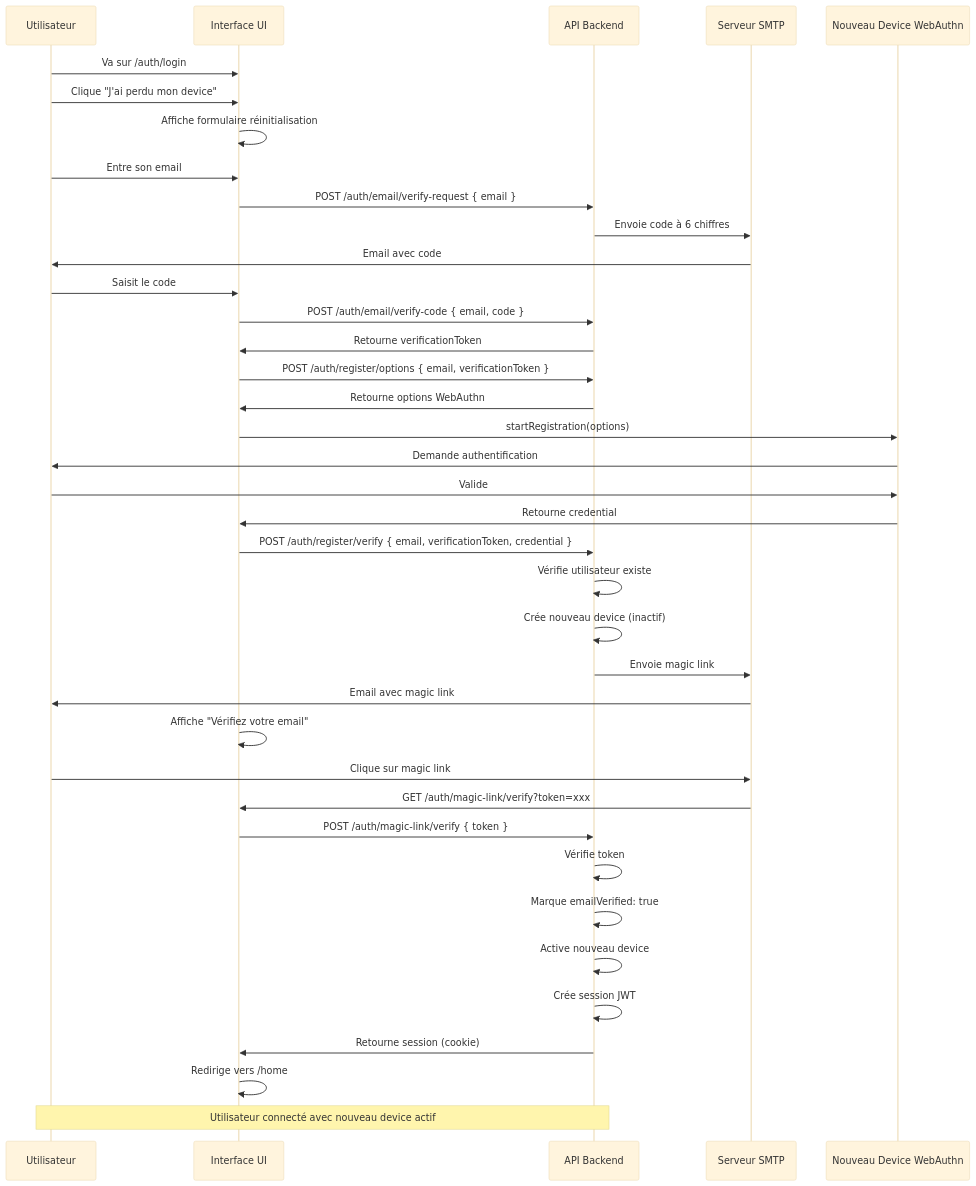
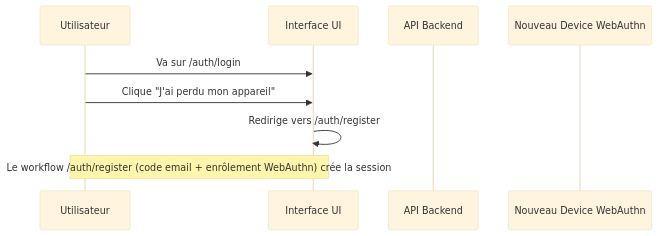
One commit to rhanka/sentropic changed the fourth of 5 diagrams in spec/WORKFLOW_AUTH.md. Above: the diagram before and after it, drawn with Mermaid (base theme). The commit also changed other lines of this file and 5 other files, not shown here.

Commit message:
docs(spec): align SPEC + WORKFLOW_AUTH with Postgres/workspaces and magic-link login

````diff
--- a/spec/WORKFLOW_AUTH.md
+++ b/spec/WORKFLOW_AUTH.md
@@ -123,41 +99,12 @@
 ```mermaid
 sequenceDiagram
     participant U as Utilisateur
     participant UI as Interface UI
     participant API as API Backend
-    participant SMTP as Serveur SMTP
     participant Device as Nouveau Device WebAuthn
 
     U->>UI: Va sur /auth/login
-    U->>UI: Clique "J'ai perdu mon device"
-    UI->>UI: Affiche formulaire réinitialisation
-    U->>UI: Entre son email
-    UI->>API: POST /auth/email/verify-request { email }
-    API->>SMTP: Envoie code à 6 chiffres
-    SMTP->>U: Email avec code
-    U->>UI: Saisit le code
-    UI->>API: POST /auth/email/verify-code { email, code }
-    API->>UI: Retourne verificationToken
-    UI->>API: POST /auth/register/options { email, verificationToken }
-    API->>UI: Retourne options WebAuthn
-    UI->>Device: startRegistration(options)
-    Device->>U: Demande authentification
-    U->>Device: Valide
-    Device->>UI: Retourne credential
-    UI->>API: POST /auth/register/verify { email, verificationToken, credential }
-    API->>API: Vérifie utilisateur existe
-    API->>API: Crée nouveau device (inactif)
-    API->>SMTP: Envoie magic link
-    SMTP->>U: Email avec magic link
-    UI->>UI: Affiche "Vérifiez votre email"
-    U->>SMTP: Clique sur magic link
-    SMTP->>UI: GET /auth/magic-link/verify?token=xxx
-    UI->>API: POST /auth/magic-link/verify { token }
-    API->>API: Vérifie token
-    API->>API: Marque emailVerified: true
-    API->>API: Active nouveau device
-    API->>API: Crée session JWT
-    API->>UI: Retourne session (cookie)
-    UI->>UI: Redirige vers /home
-    Note over U,API: Utilisateur connecté avec nouveau device actif
+    U->>UI: Clique "J'ai perdu mon appareil"
+    UI->>UI: Redirige vers /auth/register
+    Note over U,UI: Le workflow /auth/register (code email + enrôlement WebAuthn) crée la session
 ```
````
